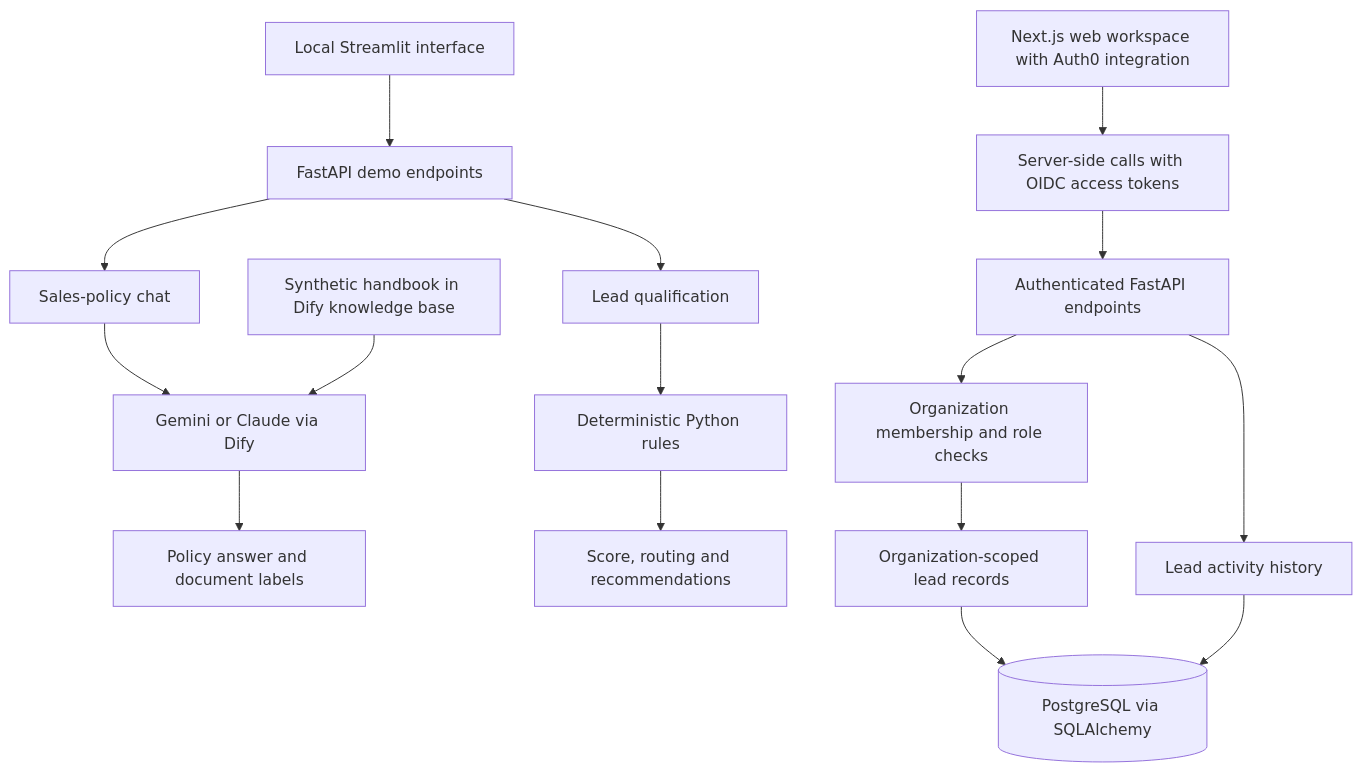
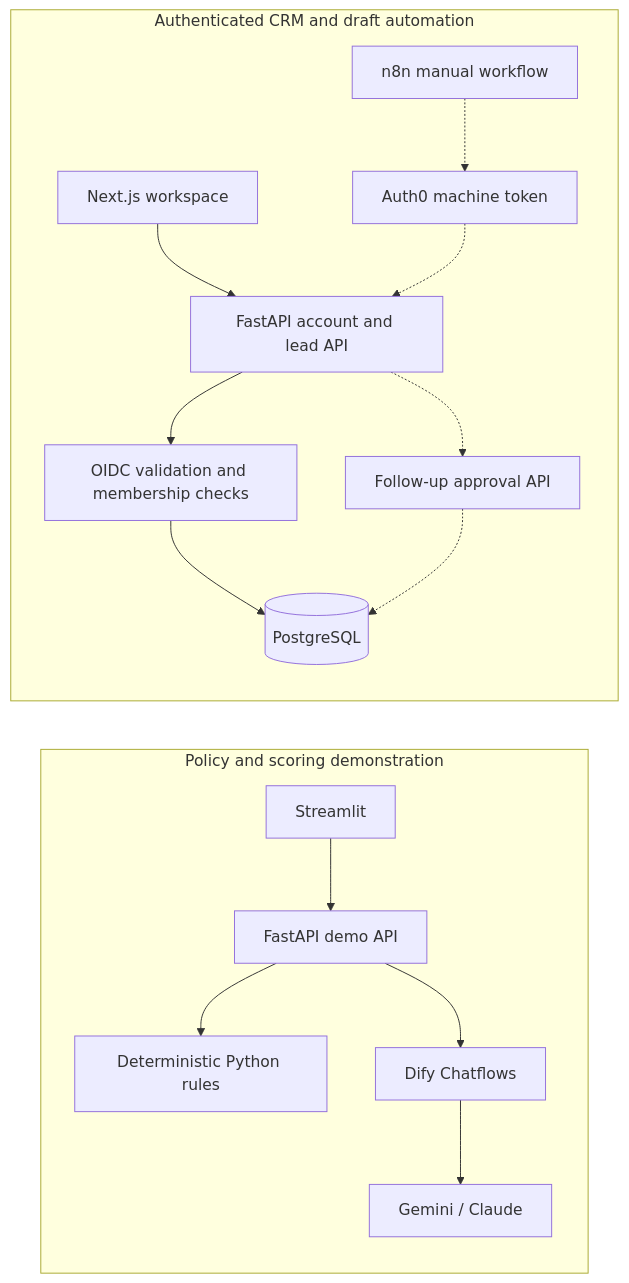
One commit to FerhatU9/AllSalesCRM-AI changed the diagram in README.md. Above: the diagram before and after it, drawn with Mermaid. The commit also changed other lines of this file and 9 other files, not shown here.

Commit message:
Document verified CRM automation and add technical engineering report

````diff
--- a/README.md
+++ b/README.md
@@ -30,19 +35,18 @@
 ```mermaid
-flowchart TD
-    A[Local Streamlit interface] --> B[FastAPI demo endpoints]
-    B --> C[Sales-policy chat]
-    B --> D[Lead qualification]
-    C --> E[Gemini or Claude via Dify]
-    K[Synthetic handbook in Dify knowledge base] --> E
-    D --> F[Deterministic Python rules]
-    E --> G[Policy answer and document labels]
-    F --> H[Score, routing and recommendations]
-
-    W[Next.js web workspace with Auth0 integration] --> I[Server-side calls with OIDC access tokens]
-    I --> J[Authenticated FastAPI endpoints]
-    J --> L[Organization membership and role checks]
-    L --> M[Organization-scoped lead records]
-    M --> N[(PostgreSQL via SQLAlchemy)]
-    J --> Q[Lead activity history]
-    Q --> N
+flowchart LR
+    subgraph Demo["Policy and scoring demonstration"]
+        ST[Streamlit] --> DEV[FastAPI demo API]
+        DEV --> RULES[Deterministic Python rules]
+        DEV --> DIFY[Dify Chatflows]
+        DIFY --> MODELS[Gemini / Claude]
+    end
+    subgraph CRM["Authenticated CRM and draft automation"]
+        WEB[Next.js workspace] --> API[FastAPI account and lead API]
+        API --> AUTH[OIDC validation and membership checks]
+        AUTH --> DB[(PostgreSQL)]
+        N8N[n8n manual workflow] -.-> M2M[Auth0 machine token]
+        M2M -.-> API
+        API -.-> FU[Follow-up approval API]
+        FU -.-> DB
+    end
 ```
````
